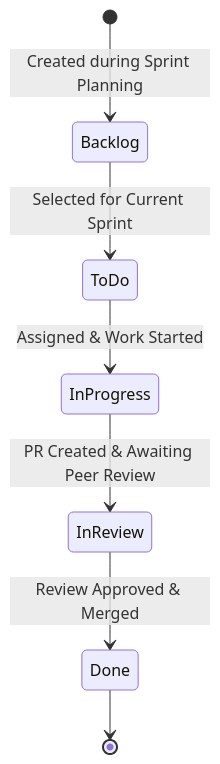
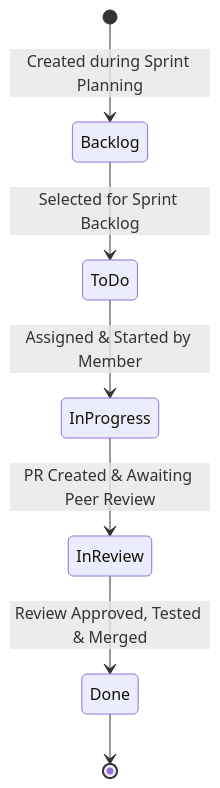
One commit to cornne/NutriViet_CNPM changed the sixth of 6 diagrams in proposal.md. Above: the diagram before and after it, drawn with Mermaid. The commit also changed other lines of this file and 23 other files, not shown here.

````diff
--- a/proposal.md
+++ b/proposal.md
@@ -291,9 +514,9 @@
 ```mermaid
 stateDiagram-v2
     [*] --> Backlog: Created during Sprint Planning
-    Backlog --> ToDo: Selected for Current Sprint
-    ToDo --> InProgress: Assigned & Work Started
+    Backlog --> ToDo: Selected for Sprint Backlog
+    ToDo --> InProgress: Assigned & Started by Member
     InProgress --> InReview: PR Created & Awaiting Peer Review
-    InReview --> Done: Review Approved & Merged
+    InReview --> Done: Review Approved, Tested & Merged
     Done --> [*]
 ```
````
